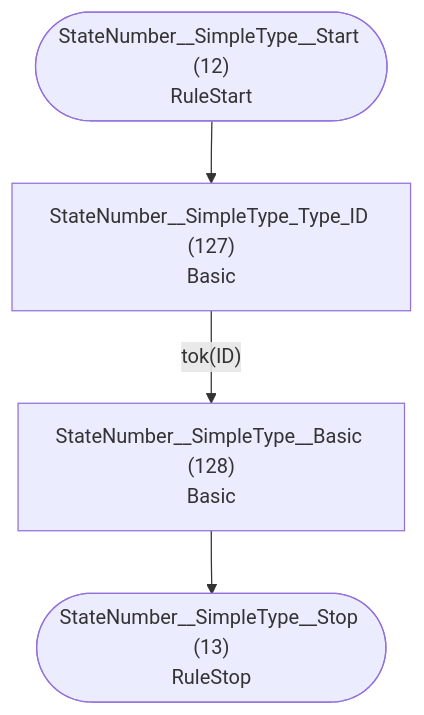
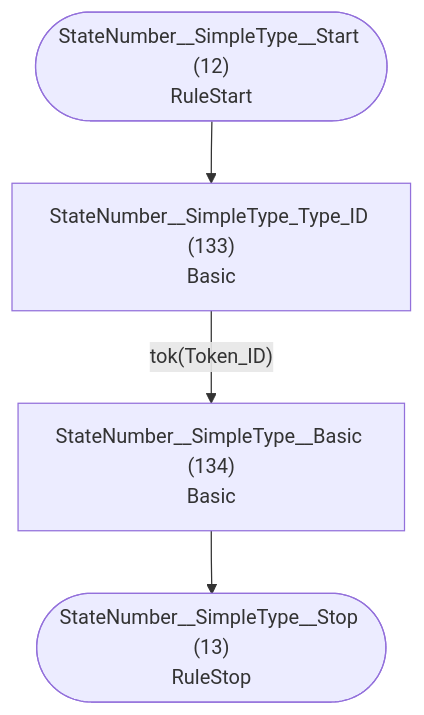
One commit to TypeFox/fastbelt changed the seventh of 36 diagrams in internal/grammar/atn.md. Above: the diagram before and after it, drawn with Mermaid. The commit also changed other lines of this file and 6 other files, not shown here.

````diff
--- a/internal/grammar/atn.md
+++ b/internal/grammar/atn.md
@@ -200,11 +200,11 @@
 ```mermaid
 flowchart TD
     q12(["StateNumber__SimpleType__Start (12)<br/>RuleStart"])
     q13(["StateNumber__SimpleType__Stop (13)<br/>RuleStop"])
-    q127["StateNumber__SimpleType_Type_ID (127)<br/>Basic<br/>"]
-    q128["StateNumber__SimpleType__Basic (128)<br/>Basic<br/>"]
+    q133["StateNumber__SimpleType_Type_ID (133)<br/>Basic<br/>"]
+    q134["StateNumber__SimpleType__Basic (134)<br/>Basic<br/>"]
 
-    q12 --> q127
-    q127 -->|"tok(ID)"| q128
-    q128 --> q13
+    q12 --> q133
+    q133 -->|"tok(Token_ID)"| q134
+    q134 --> q13
 ```
````
